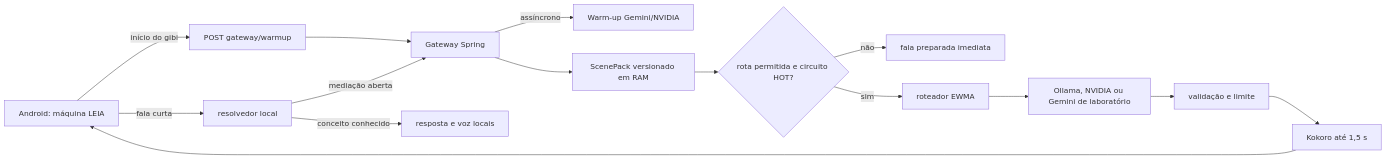
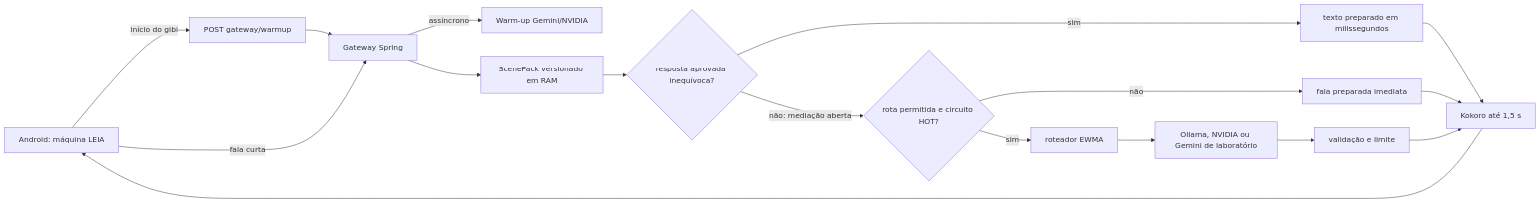
Before and after one commit to Victorzinn704/InterpretaAI: the first of 3 diagrams in docs/AI_GATEWAY_HOT_PATH.md, drawn with Mermaid. The commit also changed other lines of this file and 14 other files, not shown here.

````diff
--- a/docs/AI_GATEWAY_HOT_PATH.md
+++ b/docs/AI_GATEWAY_HOT_PATH.md
@@ -11,17 +11,19 @@
 ```mermaid
 flowchart LR
     A[Android: máquina LEIA] -->|início do gibi| B[POST gateway/warmup]
     B --> C[Gateway Spring]
     C -->|assíncrono| D[Warm-up Gemini/NVIDIA]
-    A -->|fala curta| E[resolvedor local]
-    E -->|conceito conhecido| F[resposta e voz locais]
-    E -->|mediação aberta| C
+    A -->|fala curta| C
     C --> P[ScenePack versionado em RAM]
-    P --> G{rota permitida e circuito HOT?}
+    P --> E{resposta aprovada inequívoca?}
+    E -->|sim| F[texto preparado em milissegundos]
+    E -->|não: mediação aberta| G{rota permitida e circuito HOT?}
     G -->|não| H[fala preparada imediata]
     G -->|sim| I[roteador EWMA]
     I --> J[Ollama, NVIDIA ou Gemini de laboratório]
     J --> K[validação e limite]
+    F --> L[Kokoro até 1,5 s]
+    H --> L
     K --> L[Kokoro até 1,5 s]
     L --> A
 ```
````
